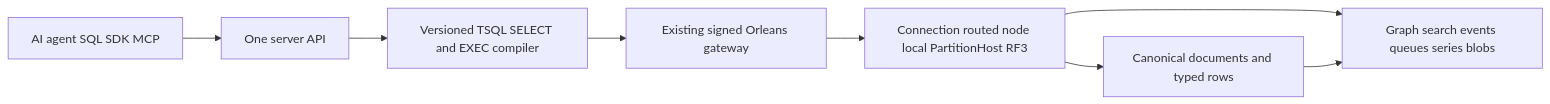
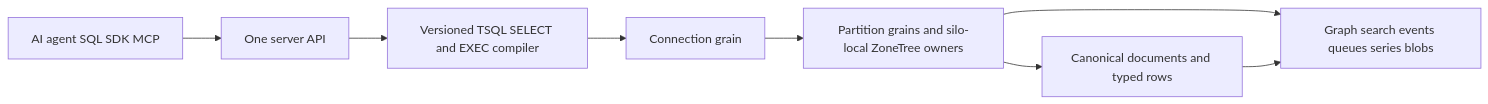
The eighth of 30 diagrams in docs/Architecture.md (managedcode/KeyLoad), drawn with Mermaid before and after one commit. The commit also changed other lines of this file and 7356 other files, not shown here.

````diff
--- a/docs/Architecture.md
+++ b/docs/Architecture.md
@@ -168,10 +315,10 @@
 ```mermaid
 flowchart LR
     Agent[AI agent SQL SDK MCP] --> Server[One server API]
     Server --> SQL[Versioned TSQL SELECT and EXEC compiler]
-    SQL --> Gateway[Existing signed Orleans gateway]
-    Gateway --> Host[Connection routed node local PartitionHost RF3]
-    Host --> Entity[Canonical documents and typed rows]
-    Host --> Models[Graph search events queues series blobs]
+    SQL --> Gateway[Connection grain]
+    Gateway --> Owners[Partition grains and silo-local ZoneTree owners]
+    Owners --> Entity[Canonical documents and typed rows]
+    Owners --> Models[Graph search events queues series blobs]
     Entity --> Models
 ```
````
